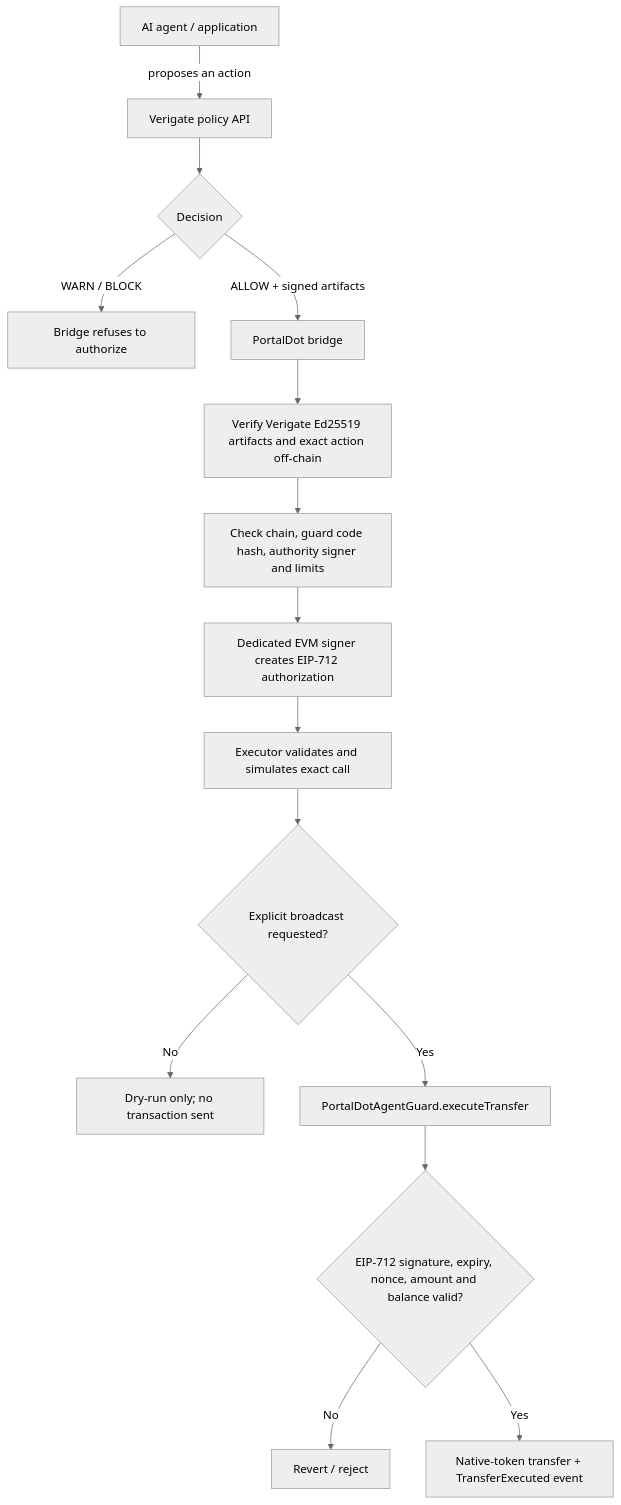
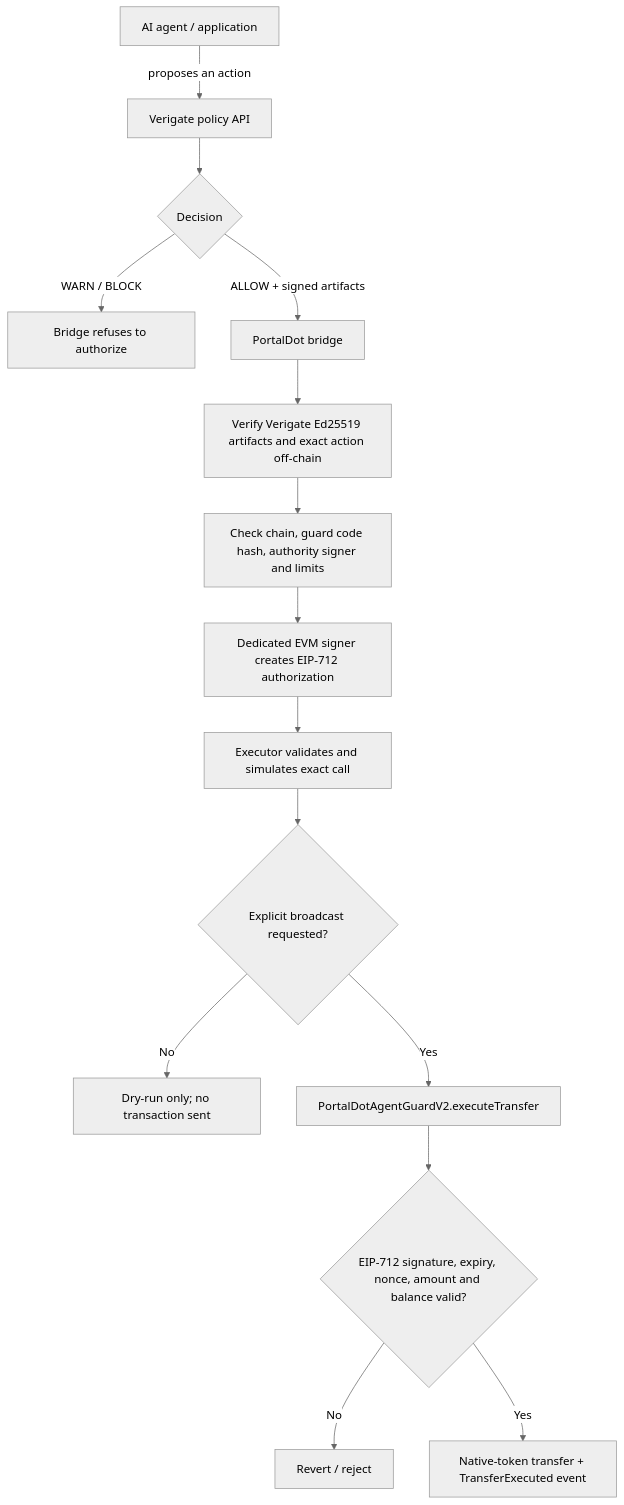
One commit to rudimentall1/verigate-portaldot changed the diagram in README.md. Above: the diagram before and after it, drawn with Mermaid (neutral theme). The commit also changed other lines of this file, not shown here.

````diff
--- a/README.md
+++ b/README.md
@@ -9,17 +11,17 @@
 ```mermaid
 flowchart TD
     A["AI agent / application"] -->|"proposes an action"| B["Verigate policy API"]
     B --> C{"Decision"}
     C -->|"WARN / BLOCK"| X["Bridge refuses to authorize"]
     C -->|"ALLOW + signed artifacts"| D["PortalDot bridge"]
     D --> E["Verify Verigate Ed25519 artifacts and exact action off-chain"]
     E --> F["Check chain, guard code hash, authority signer and limits"]
     F --> G["Dedicated EVM signer creates EIP-712 authorization"]
     G --> H["Executor validates and simulates exact call"]
     H --> I{"Explicit broadcast requested?"}
     I -->|"No"| J["Dry-run only; no transaction sent"]
-    I -->|"Yes"| K["PortalDotAgentGuard.executeTransfer"]
+    I -->|"Yes"| K["PortalDotAgentGuardV2.executeTransfer"]
     K --> L{"EIP-712 signature, expiry, nonce, amount and balance valid?"}
     L -->|"No"| M["Revert / reject"]
     L -->|"Yes"| N["Native-token transfer + TransferExecuted event"]
 ```
````
